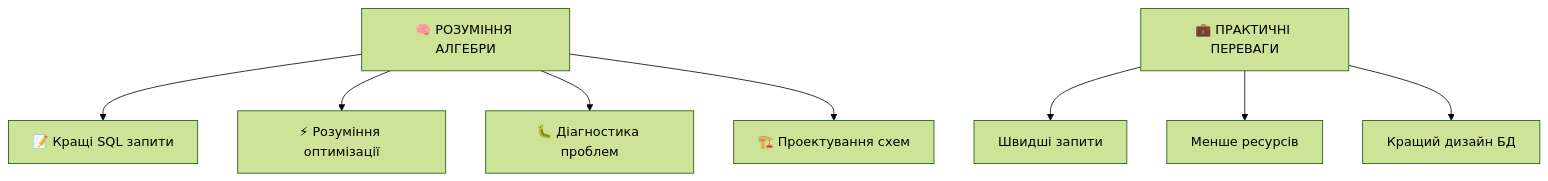
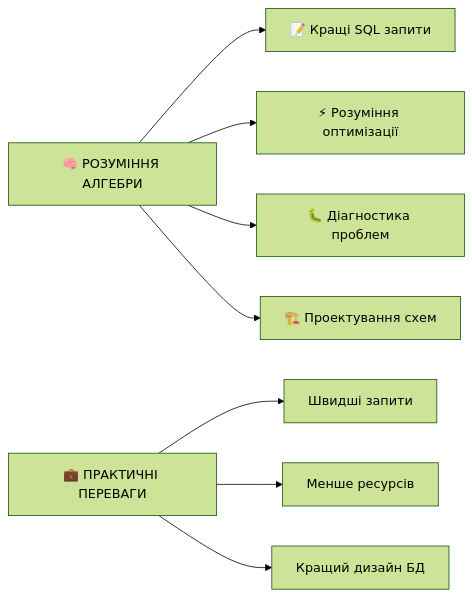
One commit to olroi421/course-bd changed the seventh of 7 diagrams in docs/presentations/presentation-04.md. Above: the diagram before and after it, drawn with Mermaid (forest theme).

````diff
--- a/docs/presentations/presentation-04.md
+++ b/docs/presentations/presentation-04.md
@@ -687,11 +687,11 @@
 ```mermaid
-graph TD
+graph LR
     A[🧠 РОЗУМІННЯ АЛГЕБРИ] --> B[📝 Кращі SQL запити]
     A --> C[⚡ Розуміння оптимізації]
     A --> D[🐛 Діагностика проблем]
     A --> E[🏗️ Проектування схем]
 
     F[💼 ПРАКТИЧНІ ПЕРЕВАГИ] --> G[Швидші запити]
     F --> H[Менше ресурсів]
     F --> I[Кращий дизайн БД]
 ```
````
